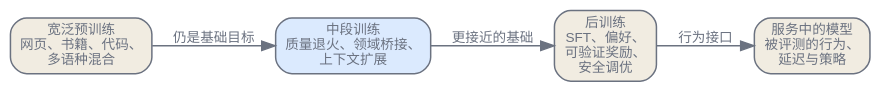
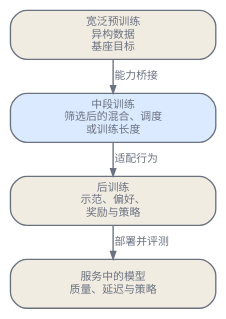
The diagram in zh/foundations/07-mid-training.qmd (latere-ai/ai-as-an-infrastructure), drawn with Graphviz before and after one commit. The commit also changed other lines of this file and 2 other files, not shown here.

````diff
--- a/zh/foundations/07-mid-training.qmd
+++ b/zh/foundations/07-mid-training.qmd
@@ -25,18 +33,18 @@
 ```{dot}
 //| label: fig-mid-training-boundary
-//| fig-cap: "中段训练位于宽泛预训练与后训练之间。它仍采用接近预训练的更新，却改变数据配比、调度或上下文窗口，让后训练从更接近的分布出发。"
+//| fig-cap: "阶段要由它改变了什么、为何改变来识别。中段训练通常保留自监督词元预测，同时改变数据、调度或训练长度；后训练则改变用于塑造行为的监督信号。"
 digraph midtraining {
   bgcolor="transparent";
-  rankdir=LR;
-  nodesep=0.45; ranksep=0.45;
-  node [shape=box, style="rounded,filled", fontname="Helvetica", fontsize=10, color="#6b7280", fontcolor="#6b7280", fillcolor="#f1ece1", penwidth=1.1];
-  edge [fontsize=10, fontname="Helvetica", color="#6b7280", fontcolor="#6b7280"];
-  A [label="宽泛预训练\n网页、书籍、代码、\n多语种混合"];
-  B [label="中段训练\n质量退火、领域桥接、\n上下文扩展", fillcolor="#dbeafe"];
-  C [label="后训练\nSFT、偏好、\n可验证奖励、\n安全调优"];
-  D [label="服务中的模型\n被评测的行为、\n延迟与策略"];
-  A -> B [label="仍是基础目标"];
-  B -> C [label="更接近的基础"];
-  C -> D [label="行为接口"];
+  rankdir=TB;
+  nodesep=0.12; ranksep=0.22;
+  node [shape=box, style="rounded,filled", width=2.10, fontname="Helvetica", fontsize=8, color="#6b7280", fontcolor="#6b7280", fillcolor="#f1ece1", penwidth=1.0];
+  edge [fontsize=8, fontname="Helvetica", color="#6b7280", fontcolor="#6b7280", arrowsize=0.55];
+  A [label="宽泛预训练\n异构数据\n基座目标"];
+  B [label="中段训练\n筛选后的混合、调度\n或训练长度", fillcolor="#dbeafe"];
+  C [label="后训练\n示范、偏好、\n奖励与策略"];
+  D [label="服务中的模型\n质量、延迟与策略"];
+  A -> B [label="能力桥接"];
+  B -> C [label="适配行为"];
+  C -> D [label="部署并评测"];
 }
 ```
````
